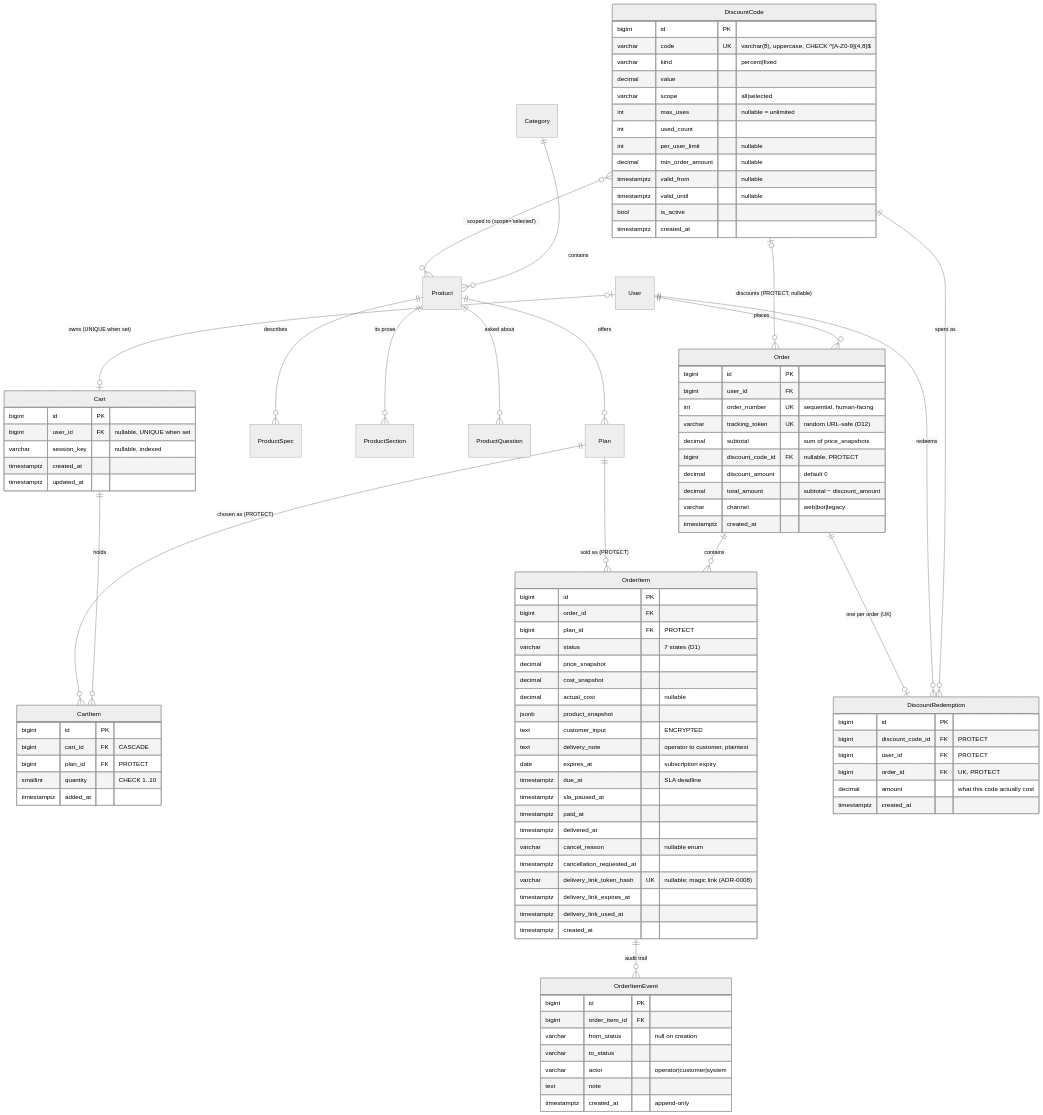
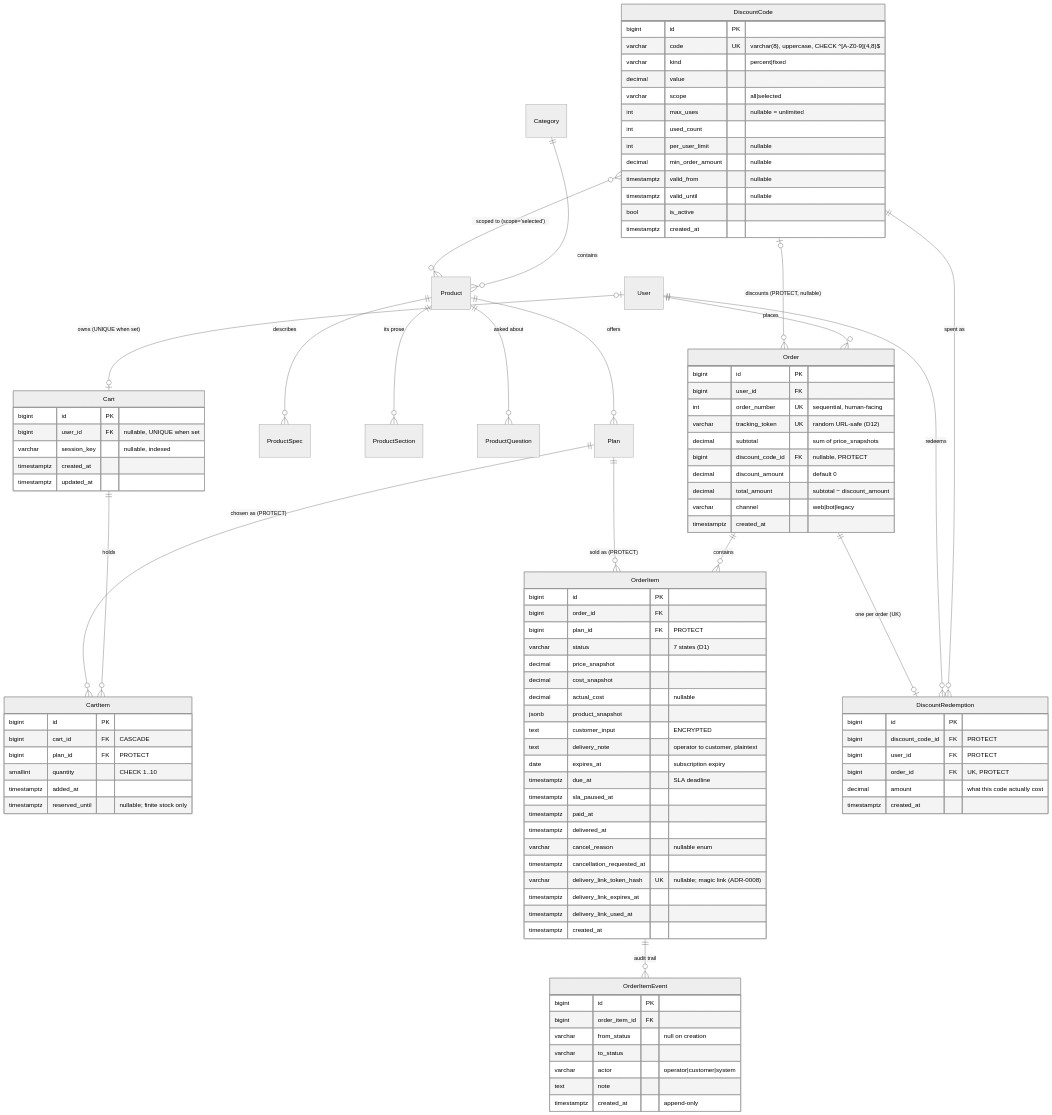
One commit to Sina-Amare/premshop changed the diagram in docs/data-model.md. Above: the diagram before and after it, drawn with Mermaid (neutral theme). The commit also changed other lines of this file and 32 other files, not shown here.

```diff
--- a/docs/data-model.md
+++ b/docs/data-model.md
@@ -51,6 +51,7 @@
         bigint plan_id FK "PROTECT"
         smallint quantity "CHECK 1..10"
         timestamptz added_at
+        timestamptz reserved_until "nullable; finite stock only"
     }
     Order {
         bigint id PK
```
